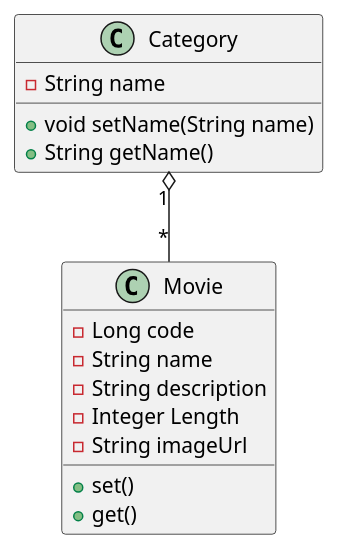
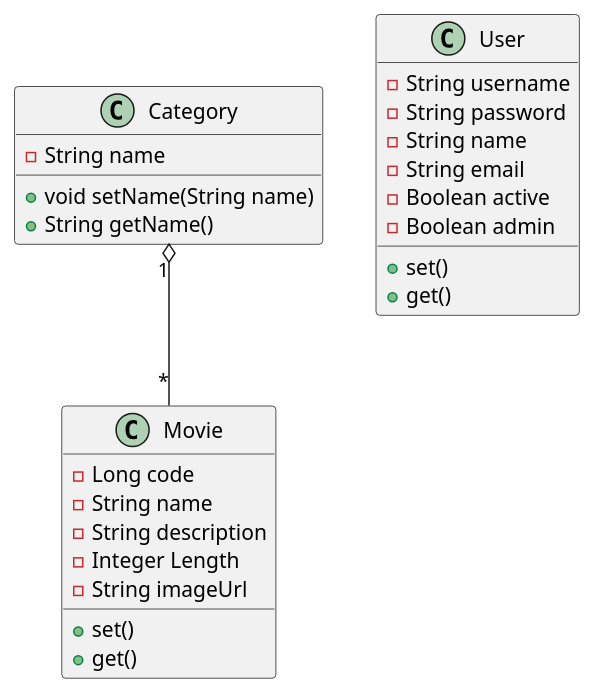
The diagram in doc/modelo_datos.puml (bryanstithquintero/videotienda), drawn with PlantUML before and after one commit. The commit also changed 7 other files, not shown here.

```diff
--- a/doc/modelo_datos.puml
+++ b/doc/modelo_datos.puml
@@ -1,21 +1,33 @@
-@startuml
+@startuml "bryan's video shop"
 
 class Category{
     - String name
     + void setName(String name)
     + String getName()
 }
 
 class Movie {
     - Long code
     - String name
     - String description
     - Integer Length 
     - String imageUrl
     + set()
     + get()
 }
 
+class User {
+    - String username
+    - String password
+    - String name
+    - String email
+    - Boolean active
+    - Boolean admin
+    + set()
+    + get()
+}
+
+
 Category "1" o-- "*" Movie
 
 @enduml
```
